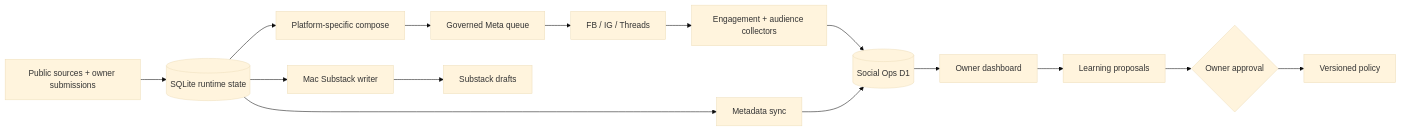
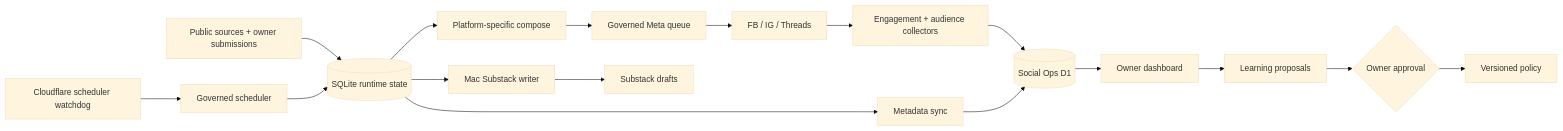
One commit to HsinTiger/news-radar changed the diagram in README.md. Above: the diagram before and after it, drawn with Mermaid (base theme). The commit also changed other lines of this file and 10 other files, not shown here.

Commit message:
fix: add independent scheduler watchdog (#97)

````diff
--- a/README.md
+++ b/README.md
@@ -81,17 +81,19 @@
 ```mermaid
 flowchart LR
   Sources[Public sources + owner submissions] --> Runtime[(SQLite runtime state)]
+  Watchdog[Cloudflare scheduler watchdog] --> Scheduler[Governed scheduler]
+  Scheduler --> Runtime
   Runtime --> Compose[Platform-specific compose]
   Compose --> Queue[Governed Meta queue]
   Queue --> Meta[FB / IG / Threads]
   Runtime --> Mac[Mac Substack writer]
   Mac --> Drafts[Substack drafts]
   Meta --> Metrics[Engagement + audience collectors]
   Metrics --> D1[(Social Ops D1)]
   Runtime --> Sync[Metadata sync]
   Sync --> D1
   D1 --> Dashboard[Owner dashboard]
   Dashboard --> Proposal[Learning proposals]
   Proposal --> Approval{Owner approval}
   Approval --> Policy[Versioned policy]
 ```
````
